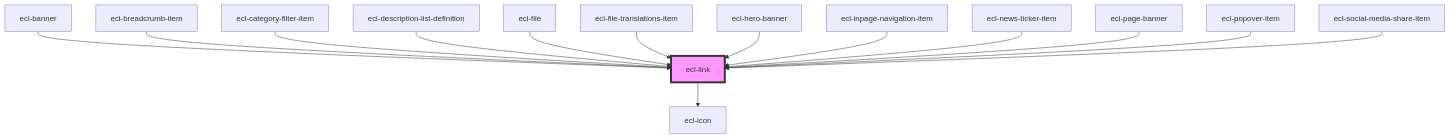
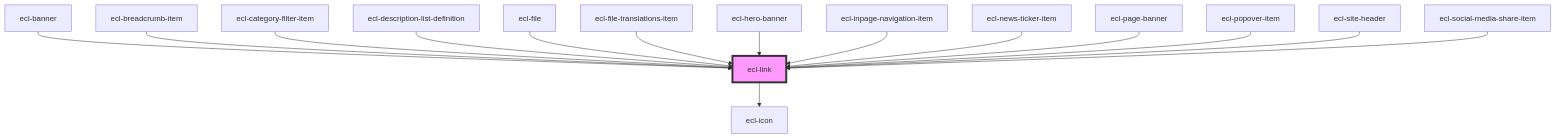
Before and after one commit to ec-europa/ecl-webcomponents: the diagram in src/components/ecl-link/readme.md, drawn with Mermaid. The commit also changed other lines of this file and 26 other files, not shown here.

Commit message:
chore(webcomponents): Adding site-header (only core, with mobile issues

````diff
--- a/src/components/ecl-link/readme.md
+++ b/src/components/ecl-link/readme.md
@@ -42,17 +43,18 @@
 ```mermaid
 graph TD;
   ecl-link --> ecl-icon
   ecl-banner --> ecl-link
   ecl-breadcrumb-item --> ecl-link
   ecl-category-filter-item --> ecl-link
   ecl-description-list-definition --> ecl-link
   ecl-file --> ecl-link
   ecl-file-translations-item --> ecl-link
   ecl-hero-banner --> ecl-link
   ecl-inpage-navigation-item --> ecl-link
   ecl-news-ticker-item --> ecl-link
   ecl-page-banner --> ecl-link
   ecl-popover-item --> ecl-link
+  ecl-site-header --> ecl-link
   ecl-social-media-share-item --> ecl-link
   style ecl-link fill:#f9f,stroke:#333,stroke-width:4px
 ```
````
